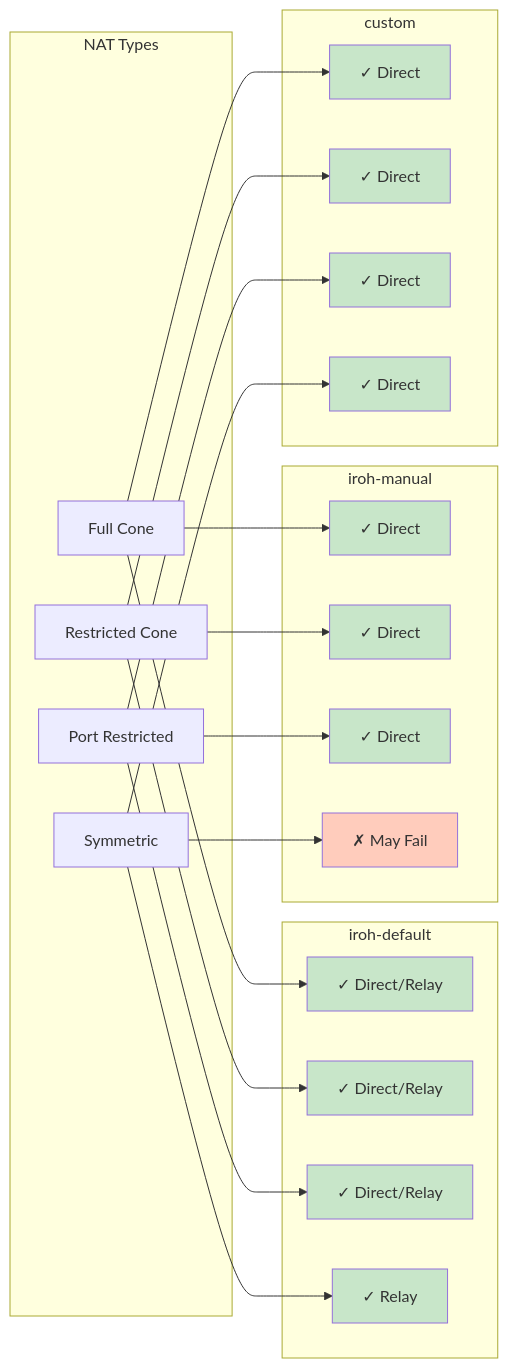
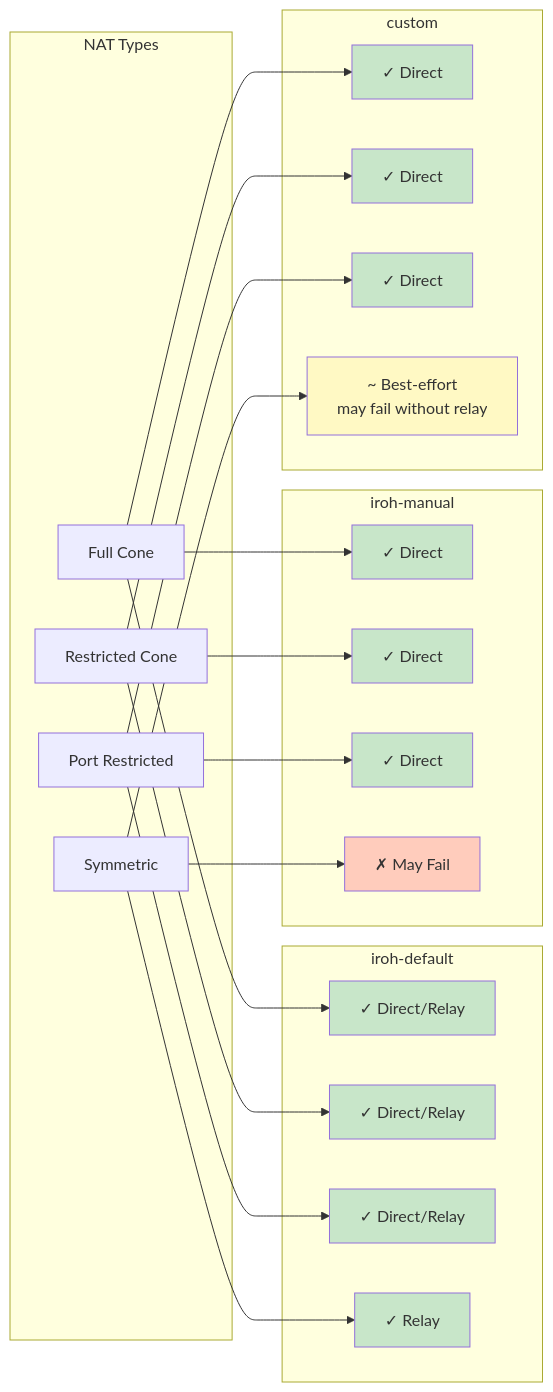
One commit to andrewtheguy/vpn-rs changed the fourth of 33 diagrams in docs/ARCHITECTURE.md. Above: the diagram before and after it, drawn with Mermaid. The commit also changed other lines of this file and 1 other file, not shown here.

````diff
--- a/docs/ARCHITECTURE.md
+++ b/docs/ARCHITECTURE.md
@@ -139,60 +139,60 @@
 ```mermaid
 graph LR
     subgraph "NAT Types"
         A[Full Cone]
         B[Restricted Cone]
         C[Port Restricted]
         D[Symmetric]
     end
     
     subgraph "iroh-default"
         E1[✓ Direct/Relay]
         E2[✓ Direct/Relay]
         E3[✓ Direct/Relay]
         E4[✓ Relay]
     end
     
     subgraph "iroh-manual"
         F1[✓ Direct]
         F2[✓ Direct]
         F3[✓ Direct]
         F4[✗ May Fail]
     end
     
     subgraph "custom"
         G1[✓ Direct]
         G2[✓ Direct]
         G3[✓ Direct]
-        G4[✓ Direct]
+        G4[~ Best-effort<br/>may fail without relay]
     end
     
     A --> E1
     B --> E2
     C --> E3
     D --> E4
     
     A --> F1
     B --> F2
     C --> F3
     D --> F4
     
     A --> G1
     B --> G2
     C --> G3
     D --> G4
     
     style E1 fill:#C8E6C9
     style E2 fill:#C8E6C9
     style E3 fill:#C8E6C9
     style E4 fill:#C8E6C9
     
     style F1 fill:#C8E6C9
     style F2 fill:#C8E6C9
     style F3 fill:#C8E6C9
     style F4 fill:#FFCCBC
     
     style G1 fill:#C8E6C9
     style G2 fill:#C8E6C9
     style G3 fill:#C8E6C9
-    style G4 fill:#C8E6C9
+    style G4 fill:#FFF9C4
 ```
````
